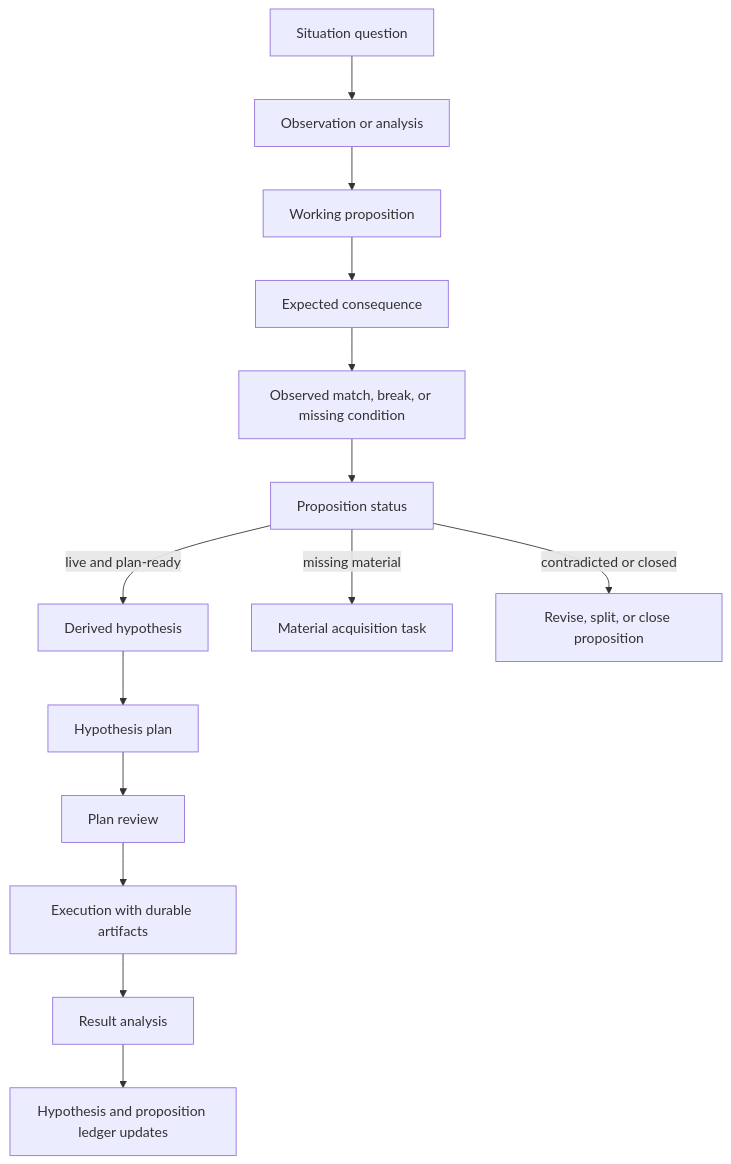
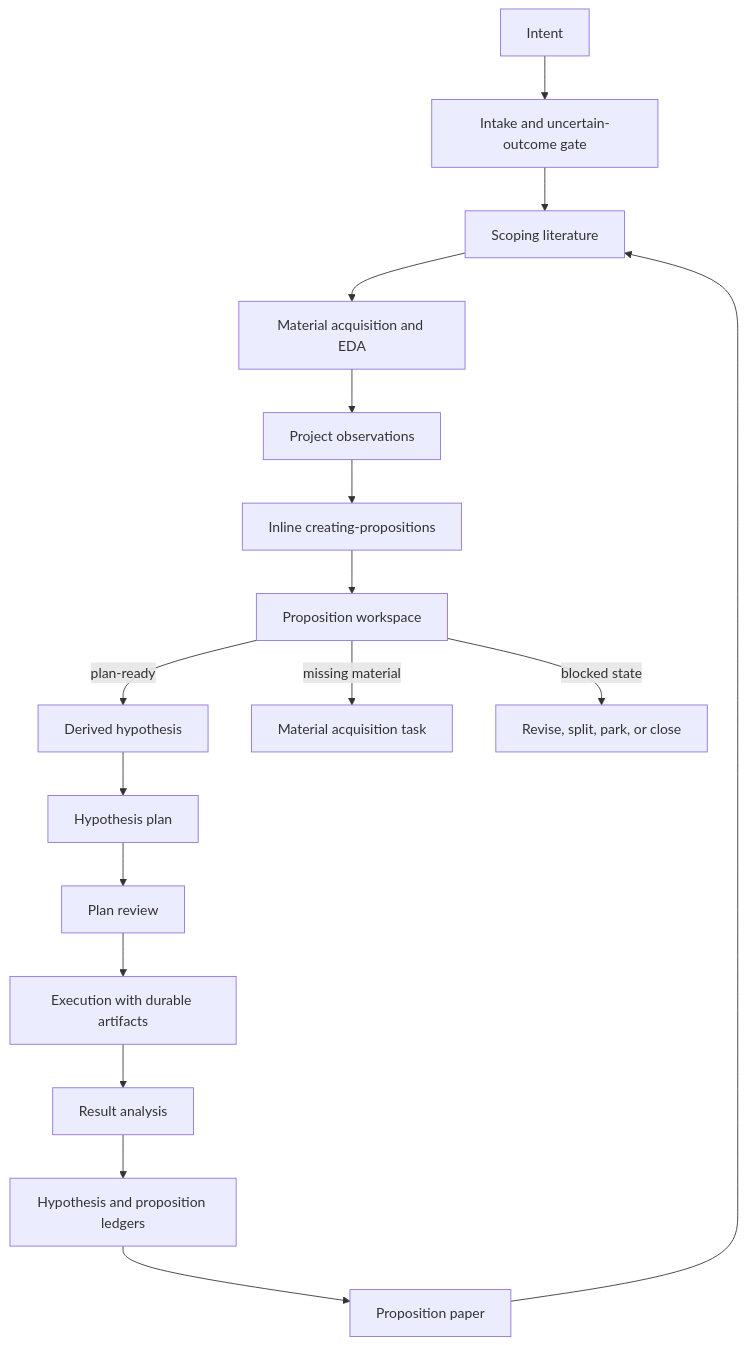
Before and after one commit to komo135/research-skill: the diagram in README.md, drawn with Mermaid. The commit also changed other lines of this file and 43 other files, not shown here.

````diff
--- a/README.md
+++ b/README.md
@@ -112,16 +113,19 @@
 ```mermaid
 flowchart TD
-  A[Situation question] --> B[Observation or analysis]
-  B --> C[Working proposition]
-  C --> D[Expected consequence]
-  D --> E[Observed match, break, or missing condition]
-  E --> F[Proposition status]
-  F -->|live and plan-ready| G[Derived hypothesis]
-  F -->|missing material| M[Material acquisition task]
-  F -->|contradicted or closed| R[Revise, split, or close proposition]
-  G --> H[Hypothesis plan]
-  H --> I[Plan review]
-  I --> J[Execution with durable artifacts]
-  J --> K[Result analysis]
-  K --> L[Hypothesis and proposition ledger updates]
+  A[Intent] --> B[Intake and uncertain-outcome gate]
+  B --> C[Scoping literature]
+  C --> D[Material acquisition and EDA]
+  D --> E[Project observations]
+  E --> F[Inline creating-propositions]
+  F --> G[Proposition workspace]
+  G -->|plan-ready| H[Derived hypothesis]
+  G -->|missing material| M[Material acquisition task]
+  G -->|blocked state| R[Revise, split, park, or close]
+  H --> I[Hypothesis plan]
+  I --> J[Plan review]
+  J --> K[Execution with durable artifacts]
+  K --> L[Result analysis]
+  L --> N[Hypothesis and proposition ledgers]
+  N --> O[Proposition paper]
+  O --> C
 ```
````
